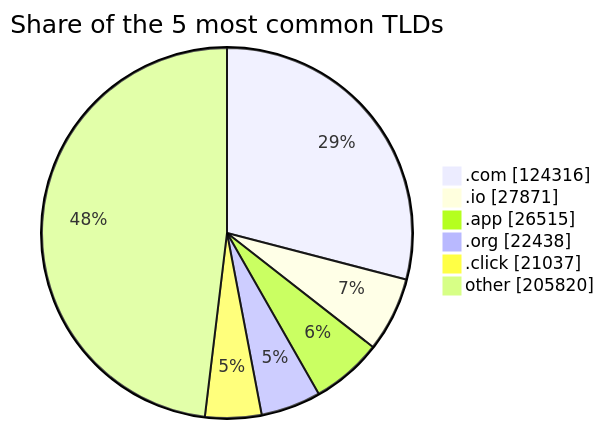
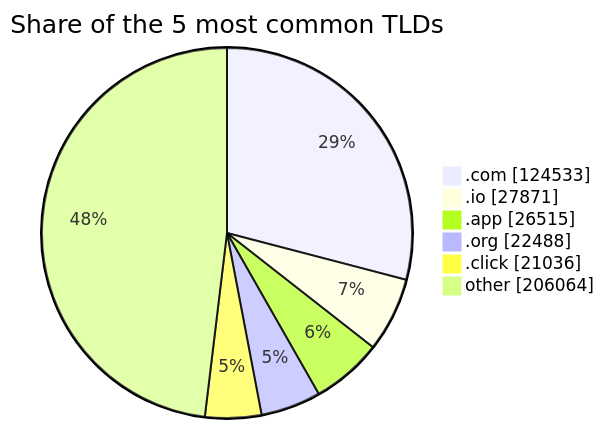
Before and after one commit to DNSBunker/CTI: the third of 3 diagrams in README.md, drawn with Mermaid. The commit also changed other lines of this file and 3 other files, not shown here.

````diff
--- a/README.md
+++ b/README.md
@@ -81,9 +81,9 @@
 ```mermaid
 pie showData title Share of the 5 most common TLDs
-    ".com" : 124316
+    ".com" : 124533
     ".io" : 27871
     ".app" : 26515
-    ".org" : 22438
-    ".click" : 21037
-    "other" : 205820
+    ".org" : 22488
+    ".click" : 21036
+    "other" : 206064
 ```
````
